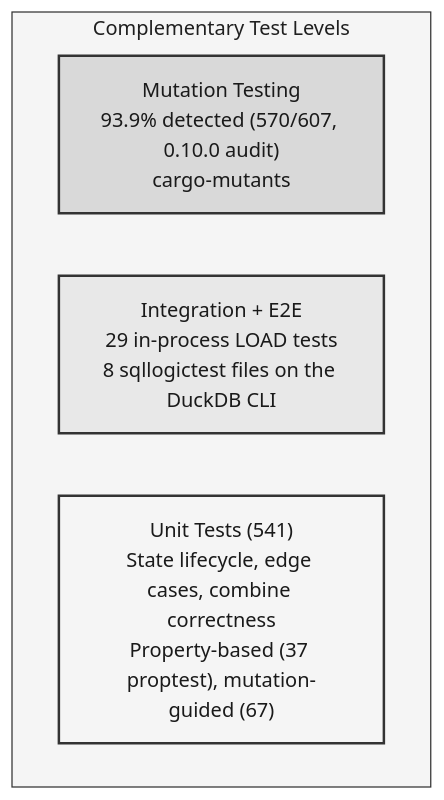
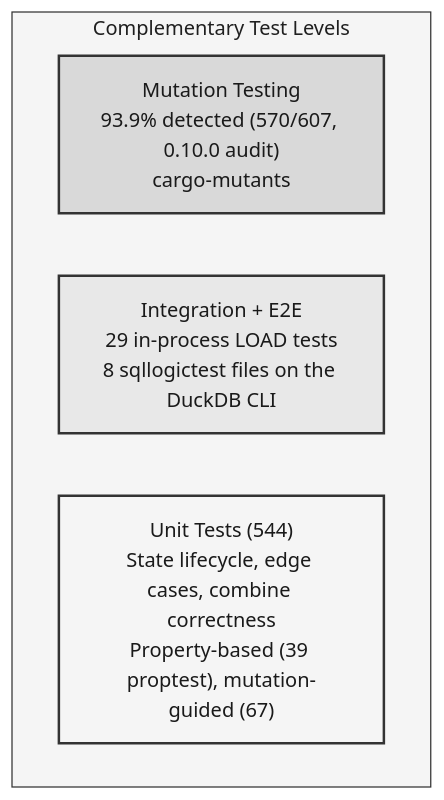
One commit to tomtom215/duckdb-behavioral changed the second of 4 diagrams in docs/src/engineering.md. Above: the diagram before and after it, drawn with Mermaid. The commit also changed other lines of this file and 33 other files, not shown here.

````diff
--- a/docs/src/engineering.md
+++ b/docs/src/engineering.md
@@ -161,13 +161,13 @@
 ```mermaid
 %%{init: {'theme': 'base', 'themeVariables': {'primaryColor': '#ffffff', 'primaryTextColor': '#1a1a1a', 'primaryBorderColor': '#333333', 'lineColor': '#333333', 'secondaryColor': '#f5f5f5', 'tertiaryColor': '#e0e0e0', 'textColor': '#1a1a1a', 'clusterBkg': '#f5f5f5', 'clusterBorder': '#333333'}}}%%
 graph TB
     subgraph "Complementary Test Levels"
         L3["Mutation Testing<br/>93.9% detected (570/607, 0.10.0 audit)<br/>cargo-mutants"]
         L2["Integration + E2E<br/>29 in-process LOAD tests<br/>8 sqllogictest files on the DuckDB CLI"]
-        L1["Unit Tests (541)<br/>State lifecycle, edge cases, combine correctness<br/>Property-based (37 proptest), mutation-guided (67)"]
+        L1["Unit Tests (544)<br/>State lifecycle, edge cases, combine correctness<br/>Property-based (39 proptest), mutation-guided (67)"]
     end
 
     style L1 fill:#f5f5f5,stroke:#333333,stroke-width:2px,color:#1a1a1a
     style L2 fill:#e8e8e8,stroke:#333333,stroke-width:2px,color:#1a1a1a
     style L3 fill:#d9d9d9,stroke:#333333,stroke-width:2px,color:#1a1a1a
 ```
````
